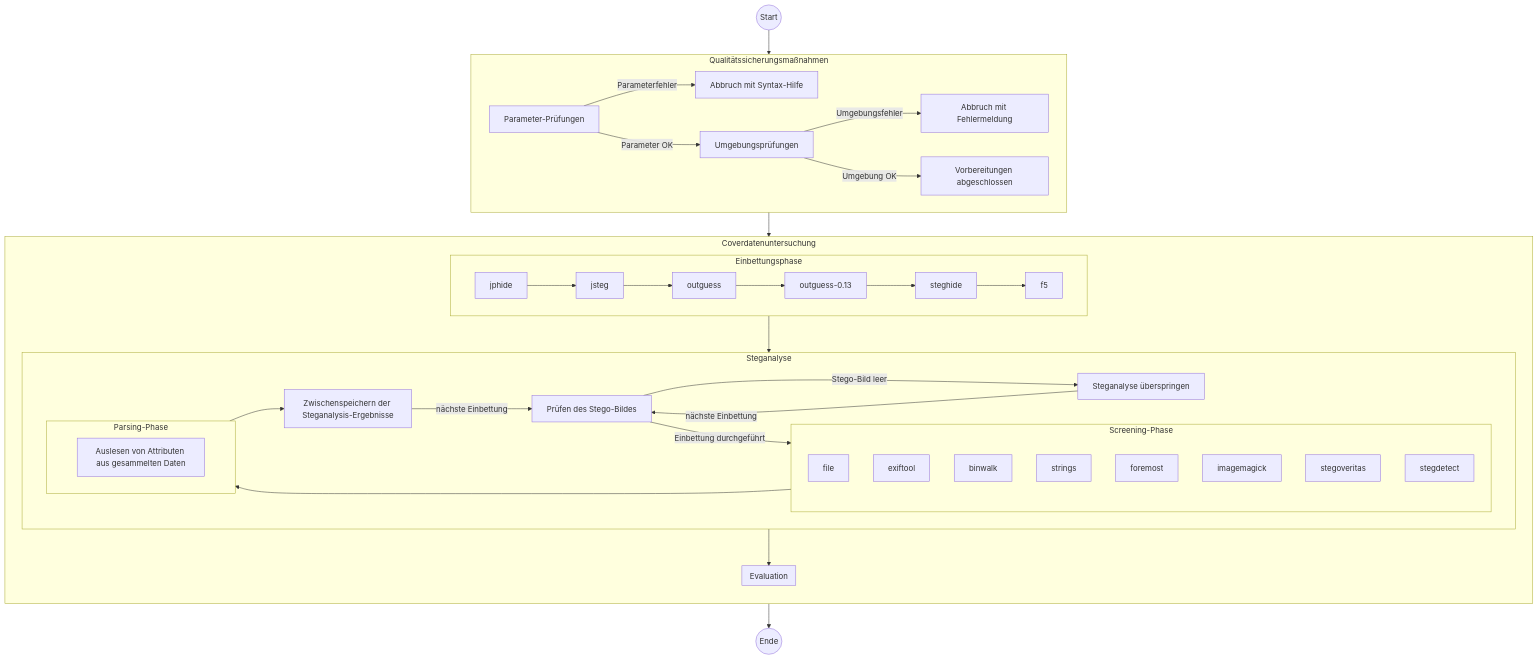
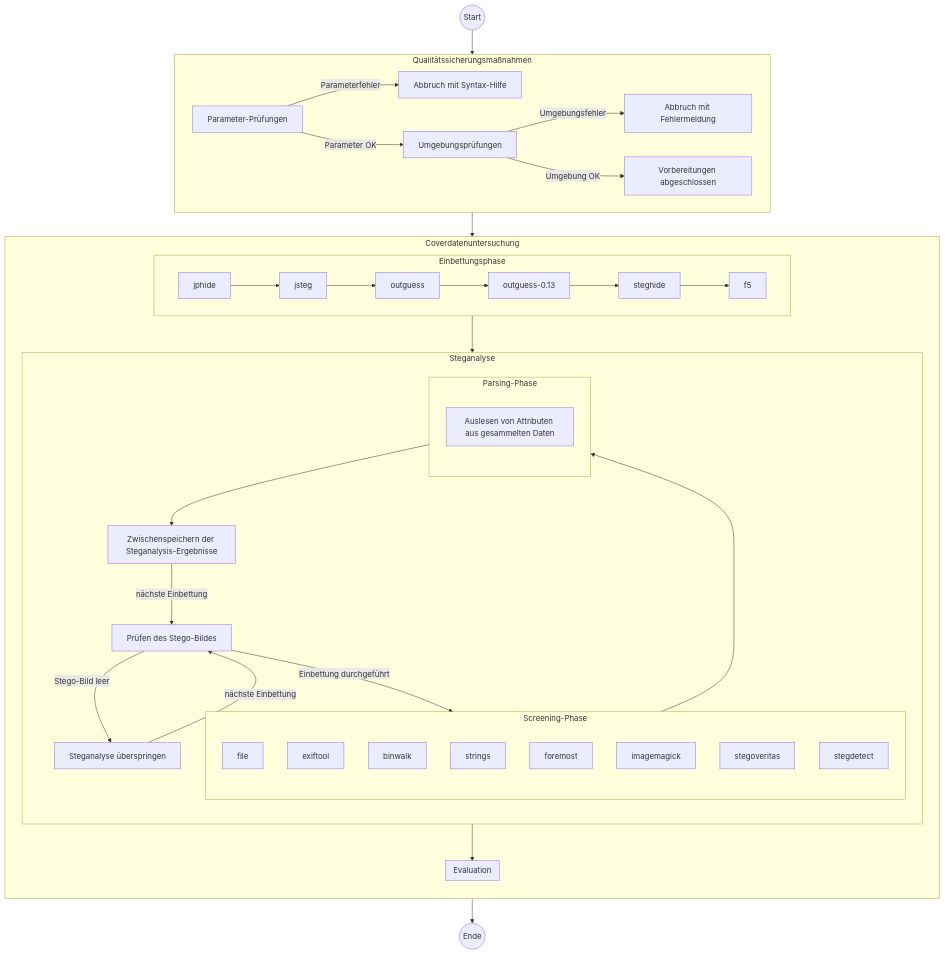
Before and after one commit to bh-8/amsl-it-security-projects: the diagram in SMKITS5/README.md, drawn with Mermaid.

````diff
--- a/SMKITS5/README.md
+++ b/SMKITS5/README.md
@@ -104,70 +104,70 @@
     ```mermaid
     flowchart TB
       start(("Start"))
       subgraph Qualitätssicherungsmaßnahmen
         direction LR
         paramchecks["Parameter-Prüfungen"]
         aborthelp["Abbruch mit Syntax-Hilfe"]
         envchecks["Umgebungsprüfungen"]
         aborterr["Abbruch mit Fehlermeldung"]
         qa["Vorbereitungen abgeschlossen"]
         paramchecks
         paramchecks--"Parameterfehler"-->aborthelp
         paramchecks--"Parameter OK"-->envchecks
         envchecks--"Umgebungsfehler"-->aborterr
         envchecks--"Umgebung OK"-->qa
       end
       subgraph Coverdatenuntersuchung
         direction TB
         subgraph Einbettungsphase
           direction LR
           jphide["jphide"]
           jsteg["jsteg"]
           outguess["outguess"]
           outguess-0.13["outguess-0.13"]
           steghide["steghide"]
           f5["f5"]
           jphide-->jsteg
           jsteg-->outguess
           outguess-->outguess-0.13
           outguess-0.13-->steghide
           steghide-->f5
         end
         subgraph Steganalyse
-          direction LR
+          direction TB
           stegocheck["Prüfen des Stego-Bildes"]
           skipempty["Steganalyse überspringen"]
           subgraph Screening-Phase
             direction TB
             file["file"]
             exiftool["exiftool"]
             binwalk["binwalk"]
             strings["strings"]
             foremost["foremost"]
             imagemagick["imagemagick"]
             stegoveritas["stegoveritas"]
             stegdetect["stegdetect"]
           end
           subgraph Parsing-Phase
-            direction LR
+            direction TB
             parse["Auslesen von Attributen aus gesammelten Daten"]
           end
           savecsv["Zwischenspeichern der Steganalysis-Ergebnisse"]
           stegocheck--"Stego-Bild leer"-->skipempty
           skipempty--"nächste Einbettung"-->stegocheck
           stegocheck--"Einbettung durchgeführt"-->Screening-Phase
           Screening-Phase-->Parsing-Phase
           Parsing-Phase-->savecsv
           savecsv--"nächste Einbettung"-->stegocheck
         end
         subgraph Evaluation
         
         end
         Einbettungsphase-->Steganalyse
         Steganalyse-->Evaluation
       end
       finish(("Ende"))
       start-->Qualitätssicherungsmaßnahmen
       Qualitätssicherungsmaßnahmen-->Coverdatenuntersuchung
       Coverdatenuntersuchung-->finish
     ```  
````
